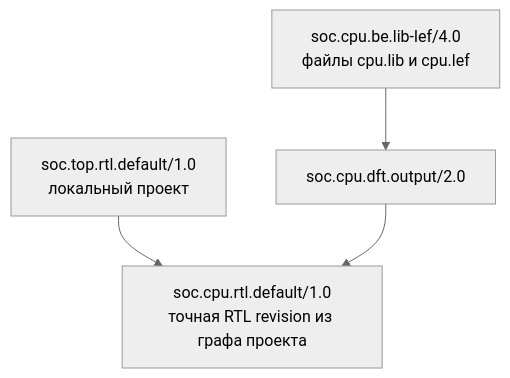
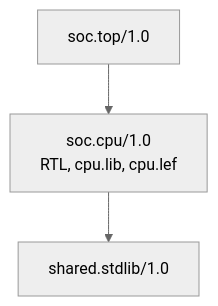
Before and after one commit to Bigyin1/CoreRef: the second of 2 diagrams in docs/use-cases.md, drawn with Mermaid (neutral theme). The commit also changed other lines of this file and 60 other files, not shown here.

````diff
--- a/docs/use-cases.md
+++ b/docs/use-cases.md
@@ -111,6 +105,5 @@
 ```mermaid
 flowchart TD
-    TOP["soc.top.rtl.default/1.0<br/>локальный проект"] --> RTL["soc.cpu.rtl.default/1.0<br/>точная RTL revision из графа проекта"]
-    BE["soc.cpu.be.lib-lef/4.0<br/>файлы cpu.lib и cpu.lef"] --> DFT["soc.cpu.dft.output/2.0"]
-    DFT --> RTL
+    TOP["soc.top/1.0"] --> CPU["soc.cpu/1.0<br/>RTL, cpu.lib, cpu.lef"]
+    CPU --> COMMON["shared.stdlib/1.0"]
 ```
````
